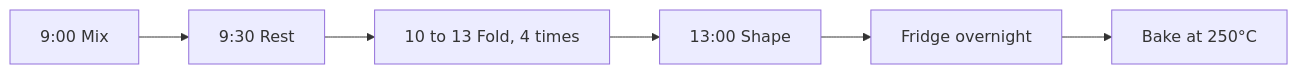
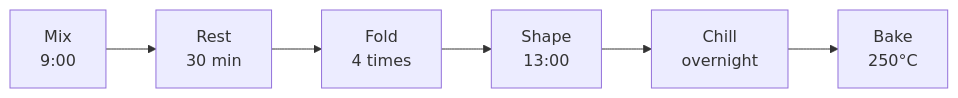
The diagram in examples/workshop/03-timeline.md (geraldserafin/md-slides), drawn with Mermaid before and after one commit. The commit also changed 63 other files, not shown here.

Commit message:
Visual polish across all decks: bigger type, charts and diagrams fit the slide, dithered backgrounds, centered ends, larger code

````diff
--- a/examples/workshop/03-timeline.md
+++ b/examples/workshop/03-timeline.md
@@ -3,8 +3,8 @@
-```mermaid width=95%
+```mermaid width=100%
 flowchart LR
-  A[9:00 Mix] --> B[9:30 Rest]
-  B --> C[10 to 13 Fold, 4 times]
-  C --> D[13:00 Shape]
-  D --> E[Fridge overnight]
-  E --> F[Bake at 250°C]
+  A[Mix<br/>9:00] --> B[Rest<br/>30 min]
+  B --> C[Fold<br/>4 times]
+  C --> D[Shape<br/>13:00]
+  D --> E[Chill<br/>overnight]
+  E --> F[Bake<br/>250°C]
 ```
````
